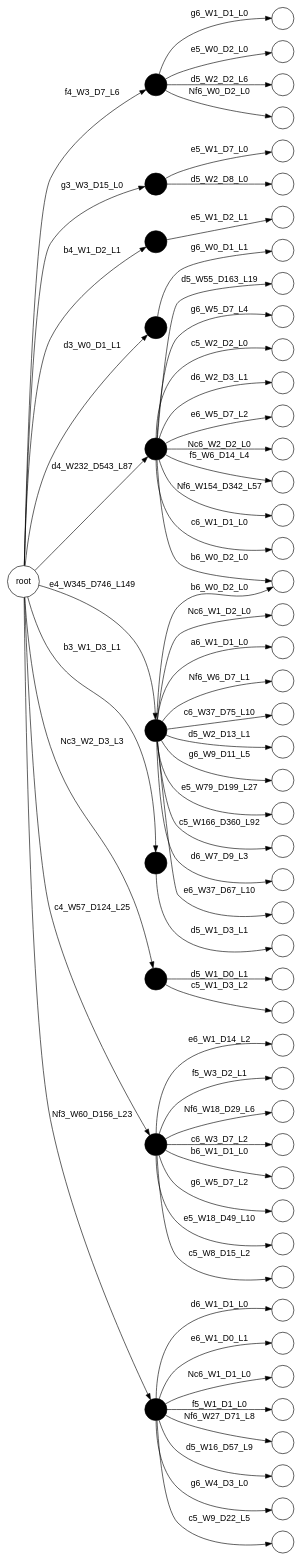
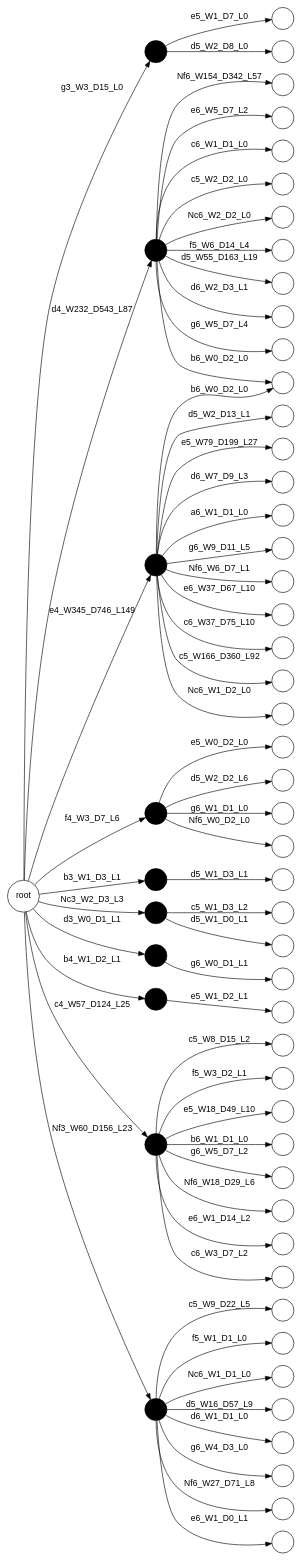
Before and after one commit to bjerkemj/chess-statistics: the diagram in leggo.dot, drawn with Graphviz. The commit also changed other lines of this file and 7 other files, not shown here.

```diff
--- a/leggo.dot
+++ b/leggo.dot
@@ -1,125 +1,125 @@
 digraph g {
 fontname="Helvetica,Arial,sans-serif"
 node [fontname="Helvetica,Arial,sans-serif" filledcolor = "white" label = "" style = "filled" shape = "circle" ]
 edge [fontname="Helvetica,Arial,sans-serif"]
 graph [fontsize=30 labelloc="t" label="" splines=true overlap=false rankdir = "LR"];
 ratio = auto;
 "root_W704_D1600_L296" [style = "filled" fillcolor = "white" label = "root"];
+"g3_W3_D15_L0" [style = "filled" fillcolor = "black"];
+root_W704_D1600_L296 -> g3_W3_D15_L0 [label = "g3_W3_D15_L0"];
+"d4_W232_D543_L87" [style = "filled" fillcolor = "black"];
+root_W704_D1600_L296 -> d4_W232_D543_L87 [label = "d4_W232_D543_L87"];
 "f4_W3_D7_L6" [style = "filled" fillcolor = "black"];
 root_W704_D1600_L296 -> f4_W3_D7_L6 [label = "f4_W3_D7_L6"];
-"g3_W3_D15_L0" [style = "filled" fillcolor = "black"];
-root_W704_D1600_L296 -> g3_W3_D15_L0 [label = "g3_W3_D15_L0"];
-"b4_W1_D2_L1" [style = "filled" fillcolor = "black"];
-root_W704_D1600_L296 -> b4_W1_D2_L1 [label = "b4_W1_D2_L1"];
-"d3_W0_D1_L1" [style = "filled" fillcolor = "black"];
-root_W704_D1600_L296 -> d3_W0_D1_L1 [label = "d3_W0_D1_L1"];
-"d4_W232_D543_L87" [style = "filled" fillcolor = "black"];
-root_W704_D1600_L296 -> d4_W232_D543_L87 [label = "d4_W232_D543_L87"];
-"e4_W345_D746_L149" [style = "filled" fillcolor = "black"];
-root_W704_D1600_L296 -> e4_W345_D746_L149 [label = "e4_W345_D746_L149"];
 "b3_W1_D3_L1" [style = "filled" fillcolor = "black"];
 root_W704_D1600_L296 -> b3_W1_D3_L1 [label = "b3_W1_D3_L1"];
 "Nc3_W2_D3_L3" [style = "filled" fillcolor = "black"];
 root_W704_D1600_L296 -> Nc3_W2_D3_L3 [label = "Nc3_W2_D3_L3"];
+"e4_W345_D746_L149" [style = "filled" fillcolor = "black"];
+root_W704_D1600_L296 -> e4_W345_D746_L149 [label = "e4_W345_D746_L149"];
+"d3_W0_D1_L1" [style = "filled" fillcolor = "black"];
+root_W704_D1600_L296 -> d3_W0_D1_L1 [label = "d3_W0_D1_L1"];
+"b4_W1_D2_L1" [style = "filled" fillcolor = "black"];
+root_W704_D1600_L296 -> b4_W1_D2_L1 [label = "b4_W1_D2_L1"];
 "c4_W57_D124_L25" [style = "filled" fillcolor = "black"];
 root_W704_D1600_L296 -> c4_W57_D124_L25 [label = "c4_W57_D124_L25"];
 "Nf3_W60_D156_L23" [style = "filled" fillcolor = "black"];
 root_W704_D1600_L296 -> Nf3_W60_D156_L23 [label = "Nf3_W60_D156_L23"];
-"g6_W1_D1_L0" [style = "filled" fillcolor = "white"];
-f4_W3_D7_L6 -> g6_W1_D1_L0 [label = "g6_W1_D1_L0"];
+"e5_W1_D7_L0" [style = "filled" fillcolor = "white"];
+g3_W3_D15_L0 -> e5_W1_D7_L0 [label = "e5_W1_D7_L0"];
+"d5_W2_D8_L0" [style = "filled" fillcolor = "white"];
+g3_W3_D15_L0 -> d5_W2_D8_L0 [label = "d5_W2_D8_L0"];
+"c5_W2_D2_L0" [style = "filled" fillcolor = "white"];
+d4_W232_D543_L87 -> c5_W2_D2_L0 [label = "c5_W2_D2_L0"];
+"Nc6_W2_D2_L0" [style = "filled" fillcolor = "white"];
+d4_W232_D543_L87 -> Nc6_W2_D2_L0 [label = "Nc6_W2_D2_L0"];
+"f5_W6_D14_L4" [style = "filled" fillcolor = "white"];
+d4_W232_D543_L87 -> f5_W6_D14_L4 [label = "f5_W6_D14_L4"];
+"d5_W55_D163_L19" [style = "filled" fillcolor = "white"];
+d4_W232_D543_L87 -> d5_W55_D163_L19 [label = "d5_W55_D163_L19"];
+"d6_W2_D3_L1" [style = "filled" fillcolor = "white"];
+d4_W232_D543_L87 -> d6_W2_D3_L1 [label = "d6_W2_D3_L1"];
+"b6_W0_D2_L0" [style = "filled" fillcolor = "white"];
+d4_W232_D543_L87 -> b6_W0_D2_L0 [label = "b6_W0_D2_L0"];
+"g6_W5_D7_L4" [style = "filled" fillcolor = "white"];
+d4_W232_D543_L87 -> g6_W5_D7_L4 [label = "g6_W5_D7_L4"];
+"Nf6_W154_D342_L57" [style = "filled" fillcolor = "white"];
+d4_W232_D543_L87 -> Nf6_W154_D342_L57 [label = "Nf6_W154_D342_L57"];
+"e6_W5_D7_L2" [style = "filled" fillcolor = "white"];
+d4_W232_D543_L87 -> e6_W5_D7_L2 [label = "e6_W5_D7_L2"];
+"c6_W1_D1_L0" [style = "filled" fillcolor = "white"];
+d4_W232_D543_L87 -> c6_W1_D1_L0 [label = "c6_W1_D1_L0"];
 "e5_W0_D2_L0" [style = "filled" fillcolor = "white"];
 f4_W3_D7_L6 -> e5_W0_D2_L0 [label = "e5_W0_D2_L0"];
 "d5_W2_D2_L6" [style = "filled" fillcolor = "white"];
 f4_W3_D7_L6 -> d5_W2_D2_L6 [label = "d5_W2_D2_L6"];
+"g6_W1_D1_L0" [style = "filled" fillcolor = "white"];
+f4_W3_D7_L6 -> g6_W1_D1_L0 [label = "g6_W1_D1_L0"];
 "Nf6_W0_D2_L0" [style = "filled" fillcolor = "white"];
 f4_W3_D7_L6 -> Nf6_W0_D2_L0 [label = "Nf6_W0_D2_L0"];
-"e5_W1_D7_L0" [style = "filled" fillcolor = "white"];
-g3_W3_D15_L0 -> e5_W1_D7_L0 [label = "e5_W1_D7_L0"];
-"d5_W2_D8_L0" [style = "filled" fillcolor = "white"];
-g3_W3_D15_L0 -> d5_W2_D8_L0 [label = "d5_W2_D8_L0"];
+"d5_W1_D3_L1" [style = "filled" fillcolor = "white"];
+b3_W1_D3_L1 -> d5_W1_D3_L1 [label = "d5_W1_D3_L1"];
+"c5_W1_D3_L2" [style = "filled" fillcolor = "white"];
+Nc3_W2_D3_L3 -> c5_W1_D3_L2 [label = "c5_W1_D3_L2"];
+"d5_W1_D0_L1" [style = "filled" fillcolor = "white"];
+Nc3_W2_D3_L3 -> d5_W1_D0_L1 [label = "d5_W1_D0_L1"];
+"c5_W166_D360_L92" [style = "filled" fillcolor = "white"];
+e4_W345_D746_L149 -> c5_W166_D360_L92 [label = "c5_W166_D360_L92"];
+"Nc6_W1_D2_L0" [style = "filled" fillcolor = "white"];
+e4_W345_D746_L149 -> Nc6_W1_D2_L0 [label = "Nc6_W1_D2_L0"];
+"d5_W2_D13_L1" [style = "filled" fillcolor = "white"];
+e4_W345_D746_L149 -> d5_W2_D13_L1 [label = "d5_W2_D13_L1"];
+"e5_W79_D199_L27" [style = "filled" fillcolor = "white"];
+e4_W345_D746_L149 -> e5_W79_D199_L27 [label = "e5_W79_D199_L27"];
+"d6_W7_D9_L3" [style = "filled" fillcolor = "white"];
+e4_W345_D746_L149 -> d6_W7_D9_L3 [label = "d6_W7_D9_L3"];
+"b6_W0_D2_L0" [style = "filled" fillcolor = "white"];
+e4_W345_D746_L149 -> b6_W0_D2_L0 [label = "b6_W0_D2_L0"];
+"a6_W1_D1_L0" [style = "filled" fillcolor = "white"];
+e4_W345_D746_L149 -> a6_W1_D1_L0 [label = "a6_W1_D1_L0"];
+"g6_W9_D11_L5" [style = "filled" fillcolor = "white"];
+e4_W345_D746_L149 -> g6_W9_D11_L5 [label = "g6_W9_D11_L5"];
+"Nf6_W6_D7_L1" [style = "filled" fillcolor = "white"];
+e4_W345_D746_L149 -> Nf6_W6_D7_L1 [label = "Nf6_W6_D7_L1"];
+"e6_W37_D67_L10" [style = "filled" fillcolor = "white"];
+e4_W345_D746_L149 -> e6_W37_D67_L10 [label = "e6_W37_D67_L10"];
+"c6_W37_D75_L10" [style = "filled" fillcolor = "white"];
+e4_W345_D746_L149 -> c6_W37_D75_L10 [label = "c6_W37_D75_L10"];
+"g6_W0_D1_L1" [style = "filled" fillcolor = "white"];
+d3_W0_D1_L1 -> g6_W0_D1_L1 [label = "g6_W0_D1_L1"];
 "e5_W1_D2_L1" [style = "filled" fillcolor = "white"];
 b4_W1_D2_L1 -> e5_W1_D2_L1 [label = "e5_W1_D2_L1"];
-"g6_W0_D1_L1" [style = "filled" fillcolor = "white"];
-d3_W0_D1_L1 -> g6_W0_D1_L1 [label = "g6_W0_D1_L1"];
-"d6_W2_D3_L1" [style = "filled" fillcolor = "white"];
-d4_W232_D543_L87 -> d6_W2_D3_L1 [label = "d6_W2_D3_L1"];
-"e6_W5_D7_L2" [style = "filled" fillcolor = "white"];
-d4_W232_D543_L87 -> e6_W5_D7_L2 [label = "e6_W5_D7_L2"];
-"Nc6_W2_D2_L0" [style = "filled" fillcolor = "white"];
-d4_W232_D543_L87 -> Nc6_W2_D2_L0 [label = "Nc6_W2_D2_L0"];
-"f5_W6_D14_L4" [style = "filled" fillcolor = "white"];
-d4_W232_D543_L87 -> f5_W6_D14_L4 [label = "f5_W6_D14_L4"];
-"Nf6_W154_D342_L57" [style = "filled" fillcolor = "white"];
-d4_W232_D543_L87 -> Nf6_W154_D342_L57 [label = "Nf6_W154_D342_L57"];
-"b6_W0_D2_L0" [style = "filled" fillcolor = "white"];
-d4_W232_D543_L87 -> b6_W0_D2_L0 [label = "b6_W0_D2_L0"];
-"c6_W1_D1_L0" [style = "filled" fillcolor = "white"];
-d4_W232_D543_L87 -> c6_W1_D1_L0 [label = "c6_W1_D1_L0"];
-"d5_W55_D163_L19" [style = "filled" fillcolor = "white"];
-d4_W232_D543_L87 -> d5_W55_D163_L19 [label = "d5_W55_D163_L19"];
-"g6_W5_D7_L4" [style = "filled" fillcolor = "white"];
-d4_W232_D543_L87 -> g6_W5_D7_L4 [label = "g6_W5_D7_L4"];
-"c5_W2_D2_L0" [style = "filled" fillcolor = "white"];
-d4_W232_D543_L87 -> c5_W2_D2_L0 [label = "c5_W2_D2_L0"];
-"d6_W7_D9_L3" [style = "filled" fillcolor = "white"];
-e4_W345_D746_L149 -> d6_W7_D9_L3 [label = "d6_W7_D9_L3"];
-"e6_W37_D67_L10" [style = "filled" fillcolor = "white"];
-e4_W345_D746_L149 -> e6_W37_D67_L10 [label = "e6_W37_D67_L10"];
-"Nc6_W1_D2_L0" [style = "filled" fillcolor = "white"];
-e4_W345_D746_L149 -> Nc6_W1_D2_L0 [label = "Nc6_W1_D2_L0"];
-"a6_W1_D1_L0" [style = "filled" fillcolor = "white"];
-e4_W345_D746_L149 -> a6_W1_D1_L0 [label = "a6_W1_D1_L0"];
-"Nf6_W6_D7_L1" [style = "filled" fillcolor = "white"];
-e4_W345_D746_L149 -> Nf6_W6_D7_L1 [label = "Nf6_W6_D7_L1"];
-"c6_W37_D75_L10" [style = "filled" fillcolor = "white"];
-e4_W345_D746_L149 -> c6_W37_D75_L10 [label = "c6_W37_D75_L10"];
-"b6_W0_D2_L0" [style = "filled" fillcolor = "white"];
-e4_W345_D746_L149 -> b6_W0_D2_L0 [label = "b6_W0_D2_L0"];
-"d5_W2_D13_L1" [style = "filled" fillcolor = "white"];
-e4_W345_D746_L149 -> d5_W2_D13_L1 [label = "d5_W2_D13_L1"];
-"g6_W9_D11_L5" [style = "filled" fillcolor = "white"];
-e4_W345_D746_L149 -> g6_W9_D11_L5 [label = "g6_W9_D11_L5"];
-"e5_W79_D199_L27" [style = "filled" fillcolor = "white"];
-e4_W345_D746_L149 -> e5_W79_D199_L27 [label = "e5_W79_D199_L27"];
-"c5_W166_D360_L92" [style = "filled" fillcolor = "white"];
-e4_W345_D746_L149 -> c5_W166_D360_L92 [label = "c5_W166_D360_L92"];
-"d5_W1_D3_L1" [style = "filled" fillcolor = "white"];
-b3_W1_D3_L1 -> d5_W1_D3_L1 [label = "d5_W1_D3_L1"];
-"d5_W1_D0_L1" [style = "filled" fillcolor = "white"];
-Nc3_W2_D3_L3 -> d5_W1_D0_L1 [label = "d5_W1_D0_L1"];
-"c5_W1_D3_L2" [style = "filled" fillcolor = "white"];
-Nc3_W2_D3_L3 -> c5_W1_D3_L2 [label = "c5_W1_D3_L2"];
-"e6_W1_D14_L2" [style = "filled" fillcolor = "white"];
-c4_W57_D124_L25 -> e6_W1_D14_L2 [label = "e6_W1_D14_L2"];
+"c5_W8_D15_L2" [style = "filled" fillcolor = "white"];
+c4_W57_D124_L25 -> c5_W8_D15_L2 [label = "c5_W8_D15_L2"];
 "f5_W3_D2_L1" [style = "filled" fillcolor = "white"];
 c4_W57_D124_L25 -> f5_W3_D2_L1 [label = "f5_W3_D2_L1"];
-"Nf6_W18_D29_L6" [style = "filled" fillcolor = "white"];
-c4_W57_D124_L25 -> Nf6_W18_D29_L6 [label = "Nf6_W18_D29_L6"];
-"c6_W3_D7_L2" [style = "filled" fillcolor = "white"];
-c4_W57_D124_L25 -> c6_W3_D7_L2 [label = "c6_W3_D7_L2"];
+"e5_W18_D49_L10" [style = "filled" fillcolor = "white"];
+c4_W57_D124_L25 -> e5_W18_D49_L10 [label = "e5_W18_D49_L10"];
 "b6_W1_D1_L0" [style = "filled" fillcolor = "white"];
 c4_W57_D124_L25 -> b6_W1_D1_L0 [label = "b6_W1_D1_L0"];
 "g6_W5_D7_L2" [style = "filled" fillcolor = "white"];
 c4_W57_D124_L25 -> g6_W5_D7_L2 [label = "g6_W5_D7_L2"];
-"e5_W18_D49_L10" [style = "filled" fillcolor = "white"];
-c4_W57_D124_L25 -> e5_W18_D49_L10 [label = "e5_W18_D49_L10"];
-"c5_W8_D15_L2" [style = "filled" fillcolor = "white"];
-c4_W57_D124_L25 -> c5_W8_D15_L2 [label = "c5_W8_D15_L2"];
+"Nf6_W18_D29_L6" [style = "filled" fillcolor = "white"];
+c4_W57_D124_L25 -> Nf6_W18_D29_L6 [label = "Nf6_W18_D29_L6"];
+"e6_W1_D14_L2" [style = "filled" fillcolor = "white"];
+c4_W57_D124_L25 -> e6_W1_D14_L2 [label = "e6_W1_D14_L2"];
+"c6_W3_D7_L2" [style = "filled" fillcolor = "white"];
+c4_W57_D124_L25 -> c6_W3_D7_L2 [label = "c6_W3_D7_L2"];
+"c5_W9_D22_L5" [style = "filled" fillcolor = "white"];
+Nf3_W60_D156_L23 -> c5_W9_D22_L5 [label = "c5_W9_D22_L5"];
+"f5_W1_D1_L0" [style = "filled" fillcolor = "white"];
+Nf3_W60_D156_L23 -> f5_W1_D1_L0 [label = "f5_W1_D1_L0"];
+"Nc6_W1_D1_L0" [style = "filled" fillcolor = "white"];
+Nf3_W60_D156_L23 -> Nc6_W1_D1_L0 [label = "Nc6_W1_D1_L0"];
+"d5_W16_D57_L9" [style = "filled" fillcolor = "white"];
+Nf3_W60_D156_L23 -> d5_W16_D57_L9 [label = "d5_W16_D57_L9"];
 "d6_W1_D1_L0" [style = "filled" fillcolor = "white"];
 Nf3_W60_D156_L23 -> d6_W1_D1_L0 [label = "d6_W1_D1_L0"];
+"g6_W4_D3_L0" [style = "filled" fillcolor = "white"];
+Nf3_W60_D156_L23 -> g6_W4_D3_L0 [label = "g6_W4_D3_L0"];
+"Nf6_W27_D71_L8" [style = "filled" fillcolor = "white"];
+Nf3_W60_D156_L23 -> Nf6_W27_D71_L8 [label = "Nf6_W27_D71_L8"];
 "e6_W1_D0_L1" [style = "filled" fillcolor = "white"];
 Nf3_W60_D156_L23 -> e6_W1_D0_L1 [label = "e6_W1_D0_L1"];
-"Nc6_W1_D1_L0" [style = "filled" fillcolor = "white"];
-Nf3_W60_D156_L23 -> Nc6_W1_D1_L0 [label = "Nc6_W1_D1_L0"];
-"f5_W1_D1_L0" [style = "filled" fillcolor = "white"];
-Nf3_W60_D156_L23 -> f5_W1_D1_L0 [label = "f5_W1_D1_L0"];
-"Nf6_W27_D71_L8" [style = "filled" fillcolor = "white"];
-Nf3_W60_D156_L23 -> Nf6_W27_D71_L8 [label = "Nf6_W27_D71_L8"];
-"d5_W16_D57_L9" [style = "filled" fillcolor = "white"];
-Nf3_W60_D156_L23 -> d5_W16_D57_L9 [label = "d5_W16_D57_L9"];
-"g6_W4_D3_L0" [style = "filled" fillcolor = "white"];
-Nf3_W60_D156_L23 -> g6_W4_D3_L0 [label = "g6_W4_D3_L0"];
-"c5_W9_D22_L5" [style = "filled" fillcolor = "white"];
-Nf3_W60_D156_L23 -> c5_W9_D22_L5 [label = "c5_W9_D22_L5"];
 
 }
```
